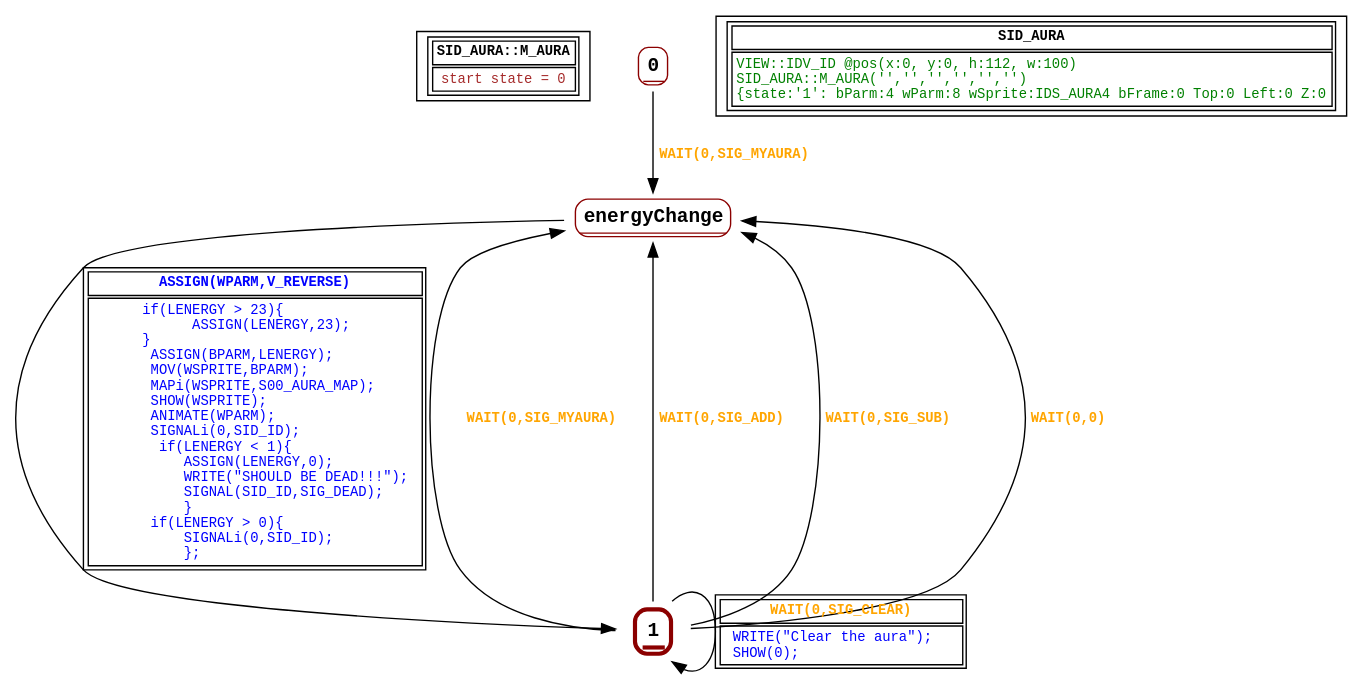
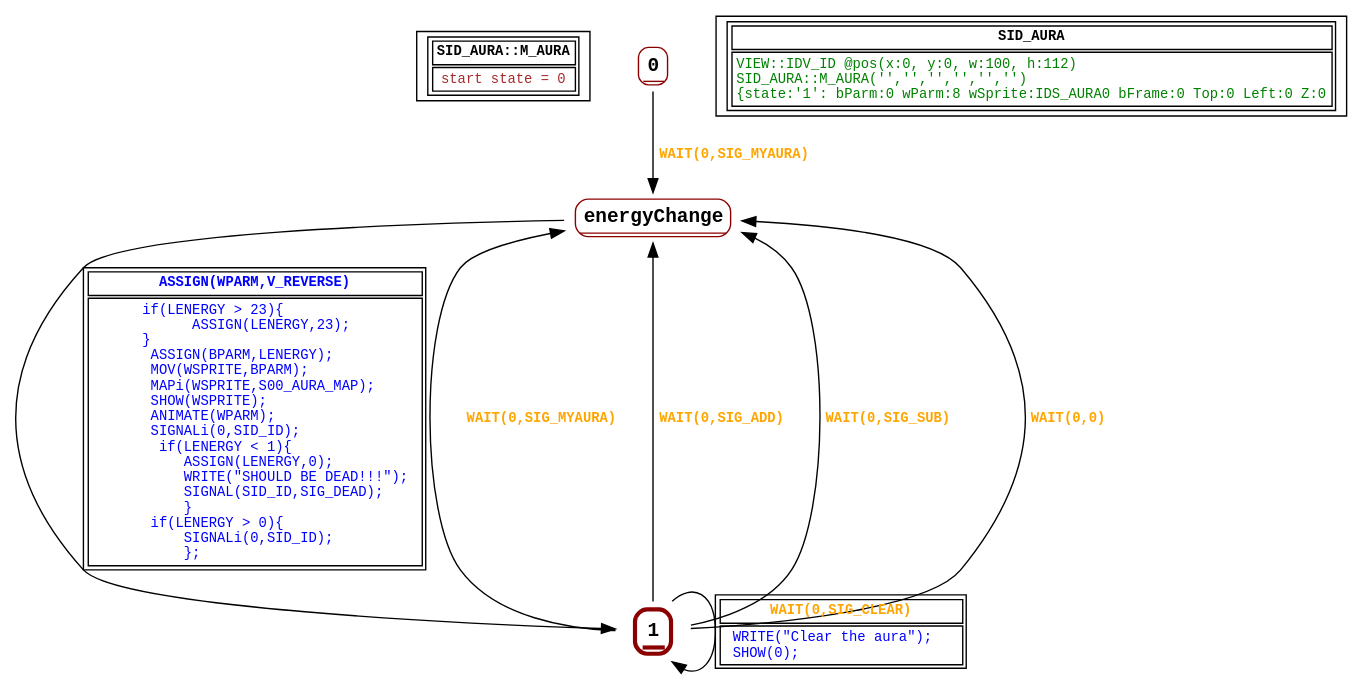
The diagram in graphs/SID_AURA.dot (guy-stewart/AzariaCD), drawn with Graphviz before and after one commit. The commit also changed 26 other files, not shown here.

```diff
--- a/graphs/SID_AURA.dot
+++ b/graphs/SID_AURA.dot
@@ -1,37 +1,37 @@
 digraph Automaton {
  fontname="Courier New"
 	node [shape=oval, fontname="Courier New"];
 	filename[shape = record, fontsize=10, label=< <table border="1"><tr><td><b>SID_AURA::M_AURA<br align="left"/></b></td></tr>
 <tr><td><font point-size="10" color ="brown">start state = 0<br align="left"/></font></td></tr></table>>
 ];
 	0[shape = none, fontsize=14, label=< <table border="1" color="darkred" style="rounded"><tr><td sides="b"><b>0<br align="left"/></b></td></tr>
 </table>>];
 "0" -> "energyChange" [fontcolor=orange,fontsize=10,fontname="Courier New", label=< <table border="0"><tr><td><b>WAIT(0,SIG_MYAURA)<br align="left"/></b></td></tr>
 </table>>
 ];
 	1[shape = none, fontsize=14, label=< <table border="3" color="darkred" style="rounded"><tr><td sides="b"><b>1<br align="left"/></b></td></tr>
 </table>>];
 "1" -> "energyChange" [fontcolor=orange,fontsize=10,fontname="Courier New", label=< <table border="0"><tr><td><b>WAIT(0,SIG_MYAURA)<br align="left"/></b></td></tr>
 </table>>
 ];
 "1" -> "energyChange" [fontcolor=orange,fontsize=10,fontname="Courier New", label=< <table border="0"><tr><td><b>WAIT(0,SIG_ADD)<br align="left"/></b></td></tr>
 </table>>
 ];
 "1" -> "energyChange" [fontcolor=orange,fontsize=10,fontname="Courier New", label=< <table border="0"><tr><td><b>WAIT(0,SIG_SUB)<br align="left"/></b></td></tr>
 </table>>
 ];
 "1" -> "1" [fontcolor=orange,fontsize=10,fontname="Courier New", label=< <table border="1"><tr><td><b>WAIT(0,SIG_CLEAR)<br align="left"/></b></td></tr>
 <tr><td><font point-size="10" color ="blue">  WRITE(&quot;Clear the aura&quot;);  <br align="left"/>  SHOW(0);<br align="left"/></font></td></tr></table>>
 ];
 "1" -> "energyChange" [fontcolor=orange,fontsize=10,fontname="Courier New", label=< <table border="0"><tr><td><b>WAIT(0,0)<br align="left"/></b></td></tr>
 </table>>
 ];
 	energyChange[shape = none, fontsize=14, label=< <table border="1" color="darkred" style="rounded"><tr><td sides="b"><b>energyChange<br align="left"/></b></td></tr>
 </table>>];
 "energyChange" -> "1" [fontcolor=blue,fontsize=10,fontname="Courier New", label=< <table border="1"><tr><td><b>ASSIGN(WPARM,V_REVERSE)<br align="left"/></b></td></tr>
 <tr><td><font point-size="10" color ="blue">       if(LENERGY &gt; 23)&#123;<br align="left"/>             ASSIGN(LENERGY,23);<br align="left"/>       &#125;<br align="left"/>        ASSIGN(BPARM,LENERGY);<br align="left"/>        MOV(WSPRITE,BPARM);<br align="left"/>        MAPi(WSPRITE,S00_AURA_MAP);<br align="left"/>        SHOW(WSPRITE);<br align="left"/>        ANIMATE(WPARM);<br align="left"/>        SIGNALi(0,SID_ID);<br align="left"/>         if(LENERGY &lt; 1)&#123;<br align="left"/>            ASSIGN(LENERGY,0);<br align="left"/>            WRITE(&quot;SHOULD BE DEAD!!!&quot;);<br align="left"/>            SIGNAL(SID_ID,SIG_DEAD);<br align="left"/>            &#125;<br align="left"/>        if(LENERGY &gt; 0)&#123;<br align="left"/>            SIGNALi(0,SID_ID);<br align="left"/>            &#125;;  <br align="left"/></font></td></tr></table>>
 ];
 	status[shape = record, fontsize=10, label=< <table border="1"><tr><td><b>SID_AURA<br align="left"/></b></td></tr>
-<tr><td><font point-size="10" color ="green">VIEW::IDV_ID @pos(x:0, y:0, h:112, w:100)<br align="left"/>SID_AURA::M_AURA(&apos;&apos;,&apos;&apos;,&apos;&apos;,&apos;&apos;,&apos;&apos;,&apos;&apos;)<br align="left"/>			&#123;state:&apos;1&apos;: bParm:4 wParm:8 wSprite:IDS_AURA4 bFrame:0 Top:0 Left:0 Z:0<br align="left"/></font></td></tr></table>>
+<tr><td><font point-size="10" color ="green">VIEW::IDV_ID @pos(x:0, y:0, w:100, h:112)<br align="left"/>SID_AURA::M_AURA(&apos;&apos;,&apos;&apos;,&apos;&apos;,&apos;&apos;,&apos;&apos;,&apos;&apos;)<br align="left"/>			&#123;state:&apos;1&apos;: bParm:0 wParm:8 wSprite:IDS_AURA0 bFrame:0 Top:0 Left:0 Z:0<br align="left"/></font></td></tr></table>>
 ];
 }
```
